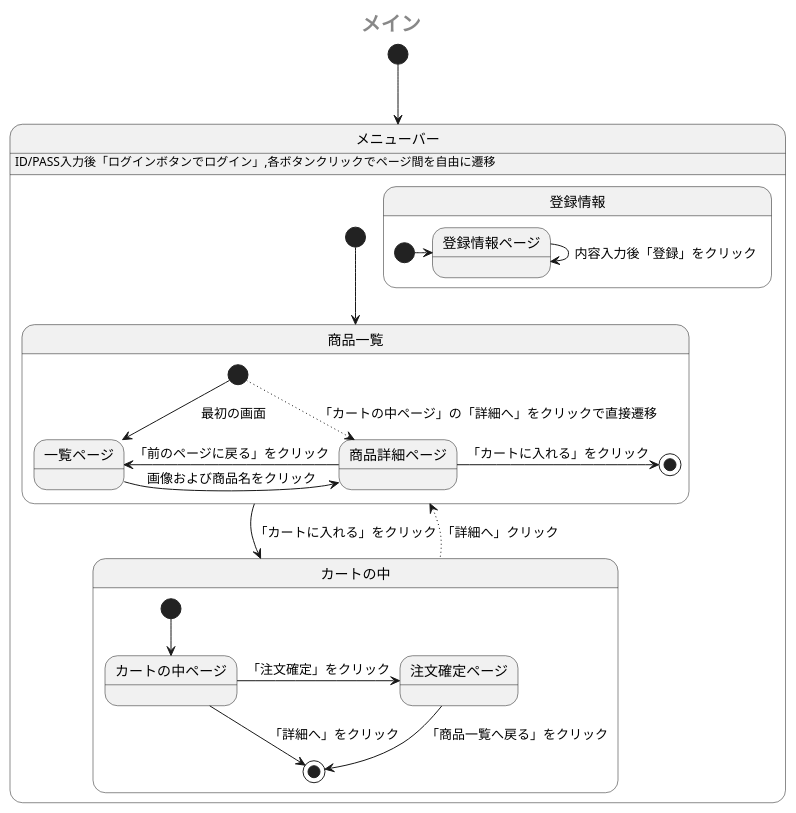
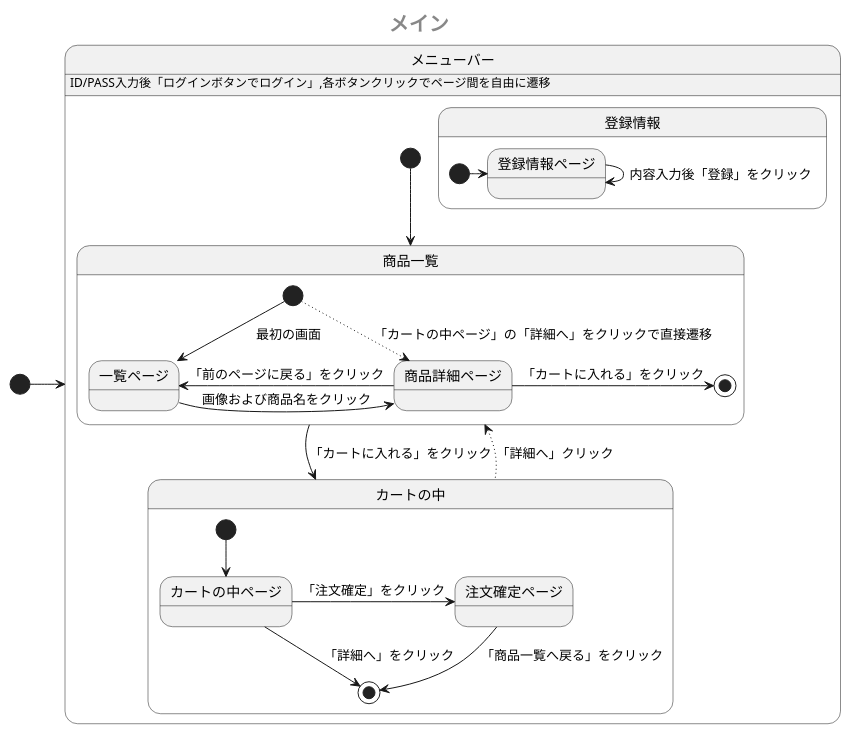
Before and after one commit to Aso2001385/2021sys-design: the first of 2 diagrams in sample/StateMachine.md, drawn with PlantUML.

````diff
--- a/sample/StateMachine.md
+++ b/sample/StateMachine.md
@@ -1,32 +1,32 @@
 ```uml
 @startuml
  center header <size:20><b>メイン</b></size>
- [*] --> メニューバー
+ [*] -> メニューバー
  state メニューバー {
    メニューバー: ID/PASS入力後「ログインボタンでログイン」,各ボタンクリックでページ間を自由に遷移
    [*] --> 商品一覧
    state 商品一覧 {
     [*] --> 一覧ページ:　最初の画面
     [*] -[dotted]-> 商品詳細ページ: 「カートの中ページ」の「詳細へ」をクリックで直接遷移
     一覧ページ -right-> 商品詳細ページ: 画像および商品名をクリック
     商品詳細ページ -left-> 一覧ページ: 「前のページに戻る」をクリック
     商品詳細ページ -right-> [*]: 「カートに入れる」をクリック
     
    }
    商品一覧 -down-> カートの中:「カートに入れる」をクリック
    state カートの中 {
     [*] --> カートの中ページ
     カートの中ページ --> [*]:「詳細へ」をクリック
     カートの中ページ -> 注文確定ページ:「注文確定」をクリック 
     注文確定ページ --> [*]: 「商品一覧へ戻る」をクリック
    }
    カートの中 -up[dotted]-> 商品一覧:「詳細へ」クリック
    state 登録情報{
     [*] -> 登録情報ページ
     登録情報ページ -down> 登録情報ページ:内容入力後「登録」をクリック
    }
    
  }
  
 @enduml
 ```
````
